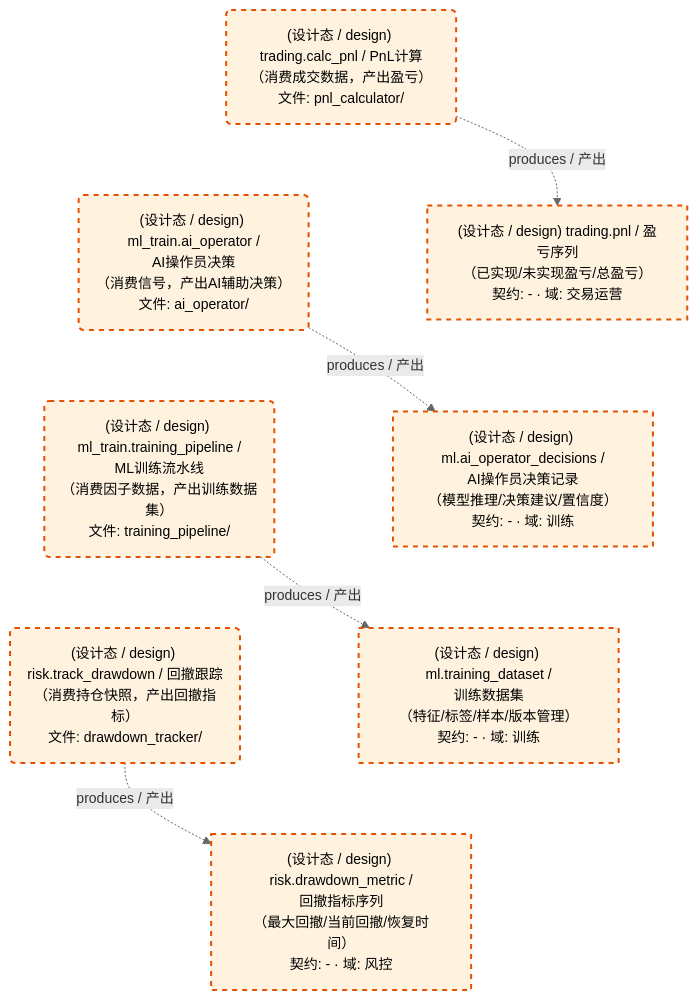
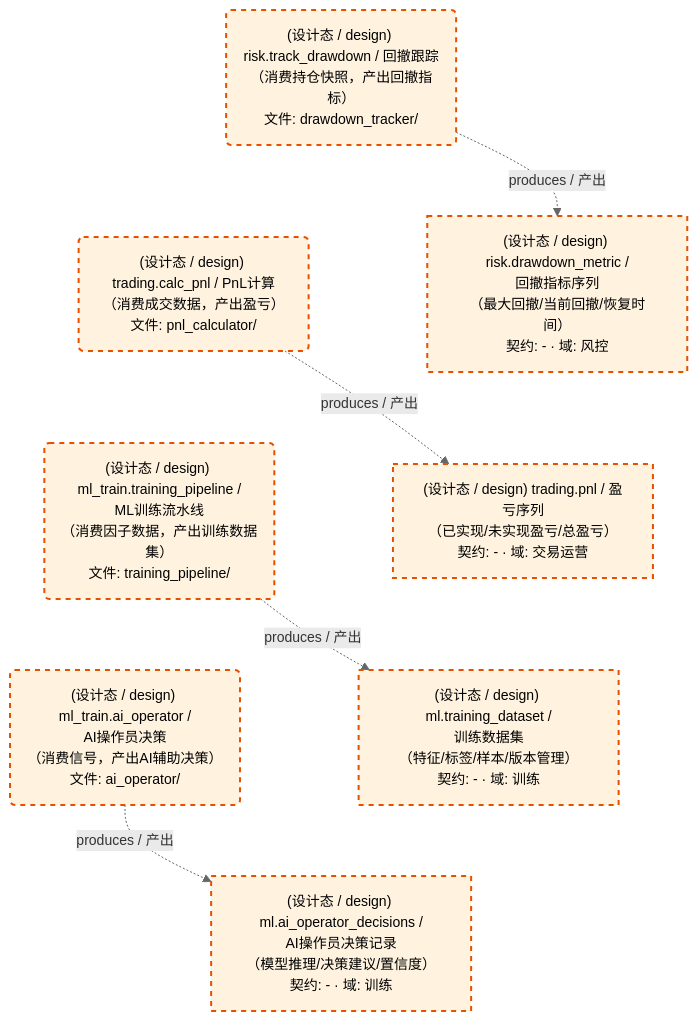
Before and after one commit to xuanFelixVan/ZephyrAlpha: the third of 3 diagrams in docs/02_enterprise_architecture/05_dataflow_architecture/d_others.md, drawn with Mermaid. The commit also changed other lines of this file and 190 other files, not shown here.

````diff
--- a/docs/02_enterprise_architecture/05_dataflow_architecture/d_others.md
+++ b/docs/02_enterprise_architecture/05_dataflow_architecture/d_others.md
@@ -108,27 +108,27 @@
 ```mermaid
 %%{init: {'theme': 'base', 'themeVariables': {'primaryColor': '#eaeaea', 'primaryTextColor': '#333333', 'primaryBorderColor': '#666666', 'lineColor': '#666666', 'secondaryColor': '#eaeaea', 'tertiaryColor': '#eaeaea', 'clusterBkg': 'transparent', 'clusterBorder': 'transparent', 'fontSize': '14px'}}}%%
 flowchart TD
     DS11271["(设计态 / design) ml.ai_operator_decisions /<br/>AI操作员决策记录<br/>（模型推理/决策建议/置信度）<br/>契约: - · 域: 训练"]
     DS11272["(设计态 / design) ml.training_dataset /<br/>训练数据集<br/>（特征/标签/样本/版本管理）<br/>契约: - · 域: 训练"]
     DS11273["(设计态 / design) risk.drawdown_metric /<br/>回撤指标序列<br/>（最大回撤/当前回撤/恢复时间）<br/>契约: - · 域: 风控"]
     DS11274["(设计态 / design) trading.pnl / 盈亏序列<br/>（已实现/未实现盈亏/总盈亏）<br/>契约: - · 域: 交易运营"]
     JOB757635("(设计态 / design) ml_train.ai_operator /<br/>AI操作员决策<br/>（消费信号，产出AI辅助决策）<br/>文件: ai_operator/")
     JOB757636("(设计态 / design) ml_train.training_pipeline /<br/>ML训练流水线<br/>（消费因子数据，产出训练数据集）<br/>文件: training_pipeline/")
     JOB757637("(设计态 / design) risk.track_drawdown / 回撤跟踪<br/>（消费持仓快照，产出回撤指标）<br/>文件: drawdown_tracker/")
     JOB757638("(设计态 / design) trading.calc_pnl / PnL计算<br/>（消费成交数据，产出盈亏）<br/>文件: pnl_calculator/")
     JOB757635 -.->|produces / 产出| DS11271
     JOB757636 -.->|produces / 产出| DS11272
     JOB757637 -.->|produces / 产出| DS11273
     JOB757638 -.->|produces / 产出| DS11274
-    JOB757638 ~~~ JOB757635
-    JOB757635 ~~~ JOB757636
-    JOB757636 ~~~ JOB757637
-    DS11274 ~~~ DS11271
-    DS11271 ~~~ DS11272
-    DS11272 ~~~ DS11273
+    JOB757637 ~~~ JOB757638
+    JOB757638 ~~~ JOB757636
+    JOB757636 ~~~ JOB757635
+    DS11273 ~~~ DS11274
+    DS11274 ~~~ DS11272
+    DS11272 ~~~ DS11271
     classDef production fill:#e1f5fe,stroke:#01579b,stroke-width:2px,color:#000
     classDef design fill:#fff3e0,stroke:#e65100,stroke-width:2px,color:#000,stroke-dasharray: 5 5
     classDef external_prod fill:#e8f4fd,stroke:#0277bd,stroke-width:1px,color:#000
     classDef external_design fill:#fff8e7,stroke:#ef6c00,stroke-width:1px,color:#000,stroke-dasharray: 5 5
     class DS11271,DS11272,DS11273,DS11274,JOB757635,JOB757636,JOB757637,JOB757638 design
 ```
````
